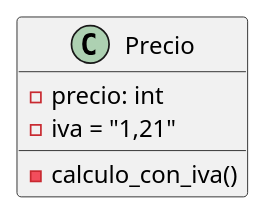
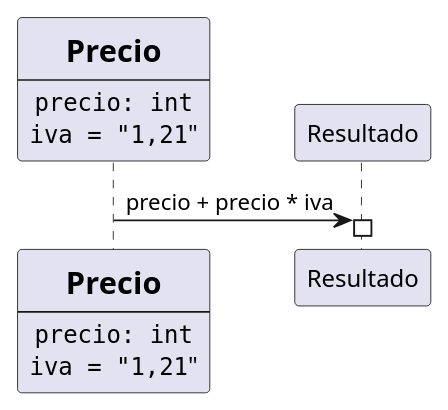
One commit to mgonzalz/introduccion_algoritmia changed the diagram in ejercicio 08/ejercicio08_1.puml. Above: the diagram before and after it, drawn with PlantUML. The commit also changed other lines of this file and 7 other files, not shown here.

```diff
--- a/ejercicio 08/ejercicio08_1.puml
+++ b/ejercicio 08/ejercicio08_1.puml
@@ -1,7 +1,12 @@
 @startuml
-class Precio {
-    - precio: int
-    - iva = "1,21"
-    - calculo_con_iva()
-}
+participant Precio [
+    =Precio
+    ----
+    ""precio: int""
+    ""iva = "1,21"""
+]
+
+Precio -> Resultado:  precio + precio * iva
+activate Resultado
+
 @enduml
```
